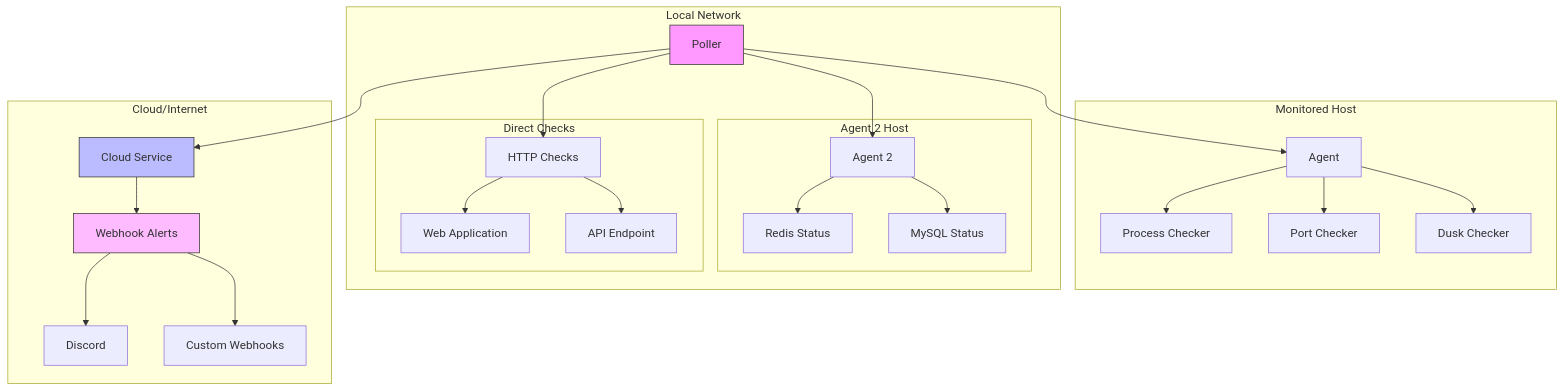
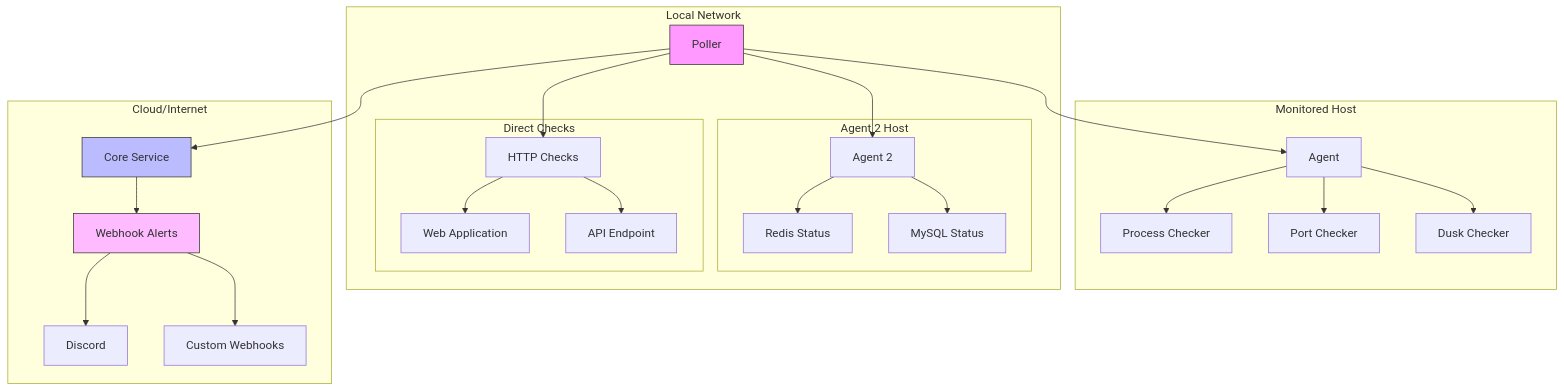
Before and after one commit to mfreeman451/serviceradar: the diagram in README.md, drawn with Mermaid. The commit also changed other lines of this file and 39 other files, not shown here.

````diff
--- a/README.md
+++ b/README.md
@@ -106,35 +106,35 @@
 ```mermaid
 graph TD
     subgraph "Monitored Host"
         A[Agent] --> P1[Process Checker]
         A --> P2[Port Checker]
         A --> P3[Dusk Checker]
     end
 
     subgraph "Local Network"
         P[Poller] --> A
         P --> A2[Agent 2]
         P --> HTTP[HTTP Checks]
         
         subgraph "Agent 2 Host"
             A2 --> R[Redis Status]
             A2 --> M[MySQL Status]
         end
         
         subgraph "Direct Checks"
             HTTP --> WebApp[Web Application]
             HTTP --> API[API Endpoint]
         end
     end
     
     subgraph "Cloud/Internet"
-        P --> CS[Cloud Service]
+        P --> CS[Core Service]
         CS --> WH[Webhook Alerts]
         WH --> Discord[Discord]
         WH --> Custom[Custom Webhooks]
     end
 
     style P fill:#f9f,stroke:#333
     style CS fill:#bbf,stroke:#333
     style WH fill:#fbf,stroke:#333
 ```
````
